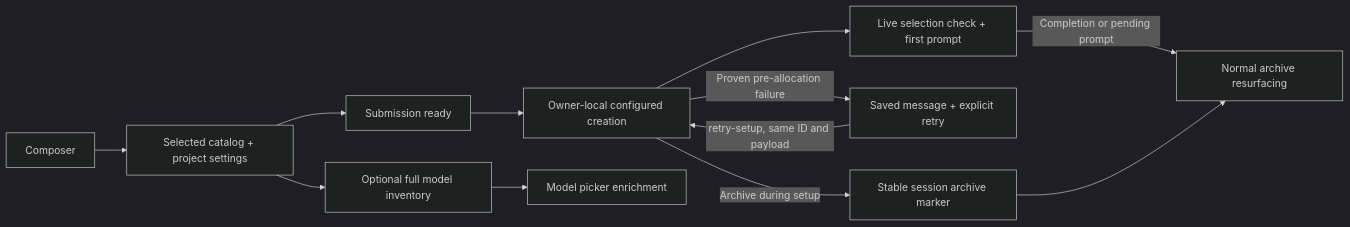
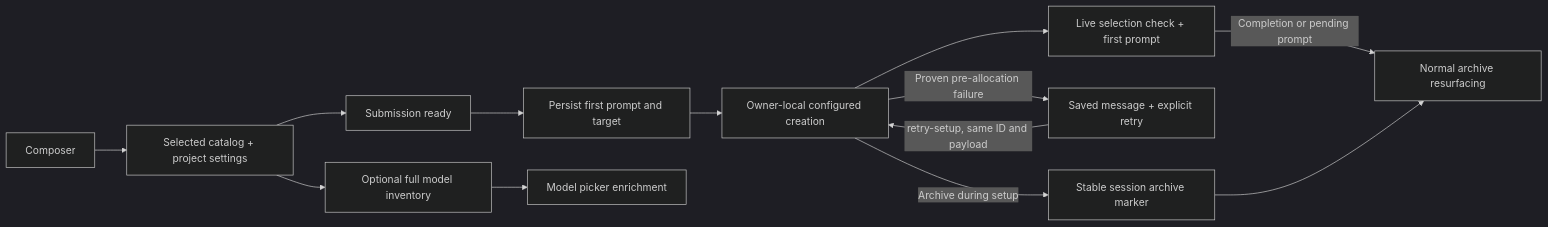
One commit to ocman/ocman changed diagram 16 of 19 in docs/other/architecture.md. Above: the diagram before and after it, drawn with Mermaid (dark theme). The commit also changed other lines of this file and 13 other files, not shown here.

````diff
--- a/docs/other/architecture.md
+++ b/docs/other/architecture.md
@@ -1905,14 +1909,15 @@
   ```mermaid
   flowchart LR
       Composer --> Selected[Selected catalog + project settings]
       Selected --> Ready[Submission ready]
-       Ready --> Create[Owner-local configured creation]
+       Ready --> Admit[Persist first prompt and target]
+       Admit --> Create[Owner-local configured creation]
        Create --> Prompt[Live selection check + first prompt]
        Create -->|Proven pre-allocation failure| Saved[Saved message + explicit retry]
        Saved -->|retry-setup, same ID and payload| Create
        Create -->|Archive during setup| Archive[Stable session archive marker]
        Prompt -->|Completion or pending prompt| Resurface[Normal archive resurfacing]
        Archive --> Resurface
       Selected --> Inventory[Optional full model inventory]
       Inventory --> Picker[Model picker enrichment]
   ```
````
